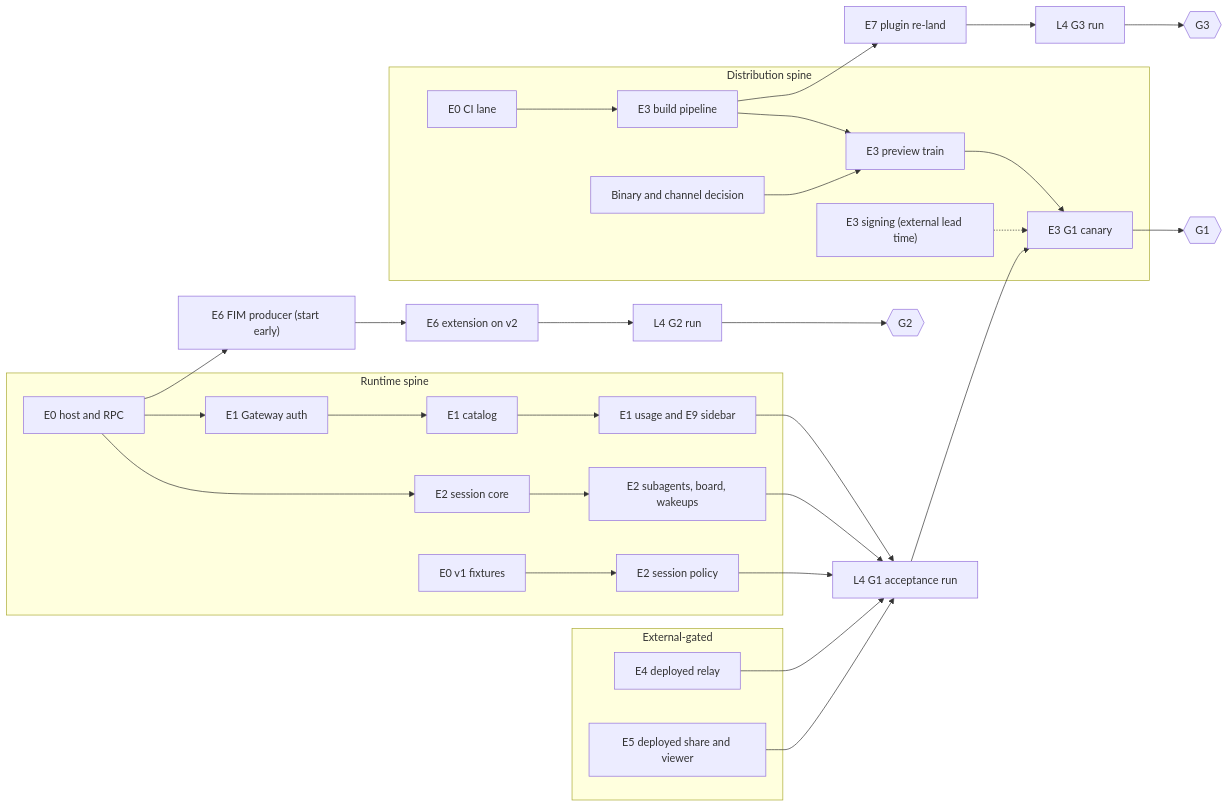
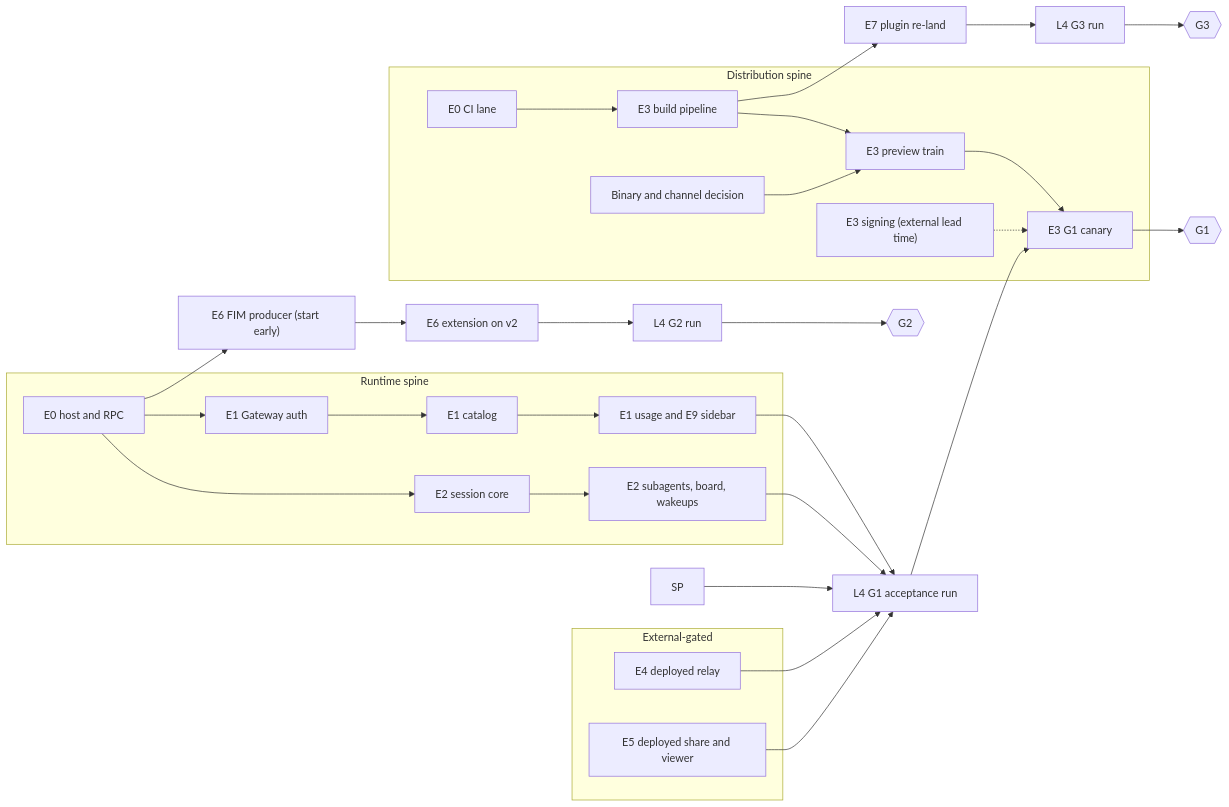
Before and after one commit to Kilo-Org/kilocode: the second of 15 diagrams in migration-tracking/plans/kilo-v2-migration-plan.md, drawn with Mermaid. The commit also changed other lines of this file and 13 other files, not shown here.

First line of the commit message:
docs(migration): drop the v1 fixtures unit and the session-policy units upstream covers

````diff
--- a/migration-tracking/plans/kilo-v2-migration-plan.md
+++ b/migration-tracking/plans/kilo-v2-migration-plan.md
@@ -237,26 +237,25 @@
 ```mermaid
 flowchart LR
   subgraph Spine["Runtime spine"]
     H["E0 host and RPC"] --> AU["E1 Gateway auth"] --> CA["E1 catalog"] --> UI["E1 usage and E9 sidebar"]
     H --> SE["E2 session core"] --> CO["E2 subagents, board, wakeups"]
-    FX["E0 v1 fixtures"] --> SP["E2 session policy"]
   end
   subgraph Ship["Distribution spine"]
     CI["E0 CI lane"] --> BP["E3 build pipeline"] --> PT["E3 preview train"] --> CN["E3 G1 canary"]
     DQ["Binary and channel decision"] --> PT
     SG["E3 signing (external lead time)"] -.-> CN
   end
   subgraph Ext["External-gated"]
     RL["E4 deployed relay"]
     SH["E5 deployed share and viewer"]
   end
   UI --> ACC["L4 G1 acceptance run"]
   CO --> ACC
   SP --> ACC
   RL --> ACC
   SH --> ACC
   ACC --> CN
   CN --> G1{{"G1"}}
   H --> FIM["E6 FIM producer (start early)"] --> V2["E6 extension on v2"] --> A2["L4 G2 run"] --> G2{{"G2"}}
   BP --> JB["E7 plugin re-land"] --> A3["L4 G3 run"] --> G3{{"G3"}}
 ```
````
